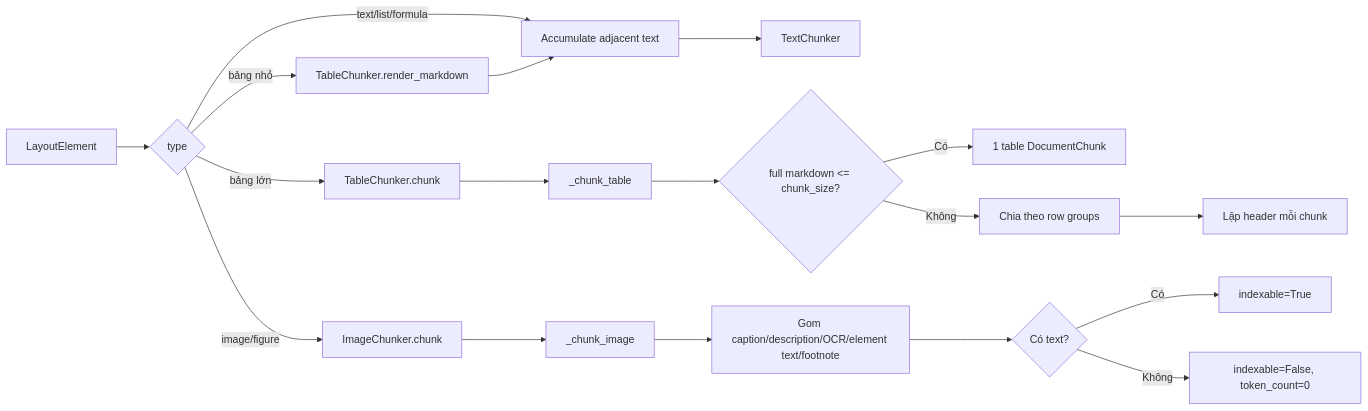
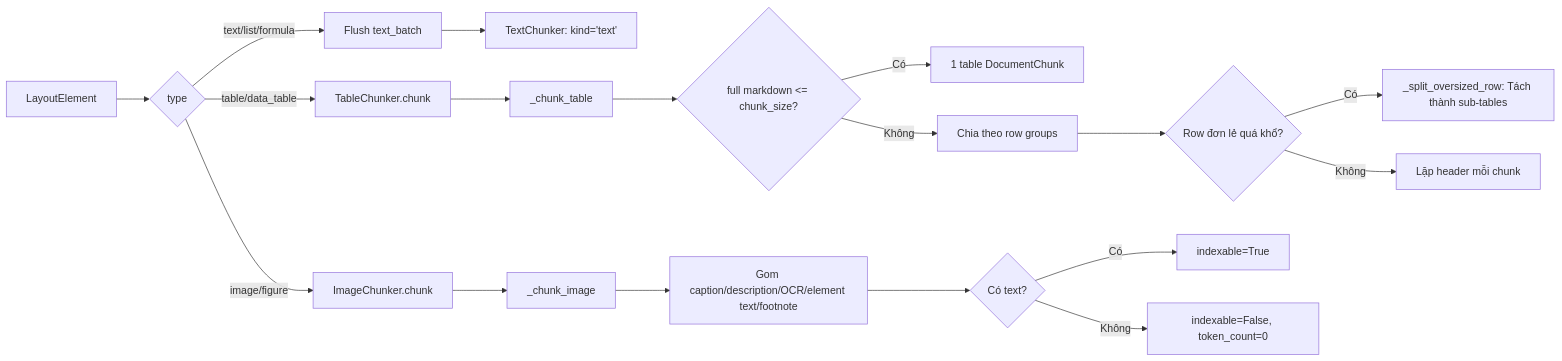
Before and after one commit to NDQuynh259/ragflow-api: the sixth of 9 diagrams in docs/chunking_architecture.md, drawn with Mermaid. The commit also changed other lines of this file and 7 other files, not shown here.

Commit message:
feat: implement Gemini OCR provider, reranker tests, and multimodal table/text chunking strategies

````diff
--- a/docs/chunking_architecture.md
+++ b/docs/chunking_architecture.md
@@ -312,23 +312,22 @@
 ```mermaid
 flowchart LR
     A[LayoutElement] --> B{type}
-    B -->|text/list/formula| C[Accumulate adjacent text]
-    C --> D[TextChunker]
+    B -->|text/list/formula| C[Flush text_batch]
+    C --> D[TextChunker: kind='text']
 
-    B -->|bảng nhỏ| E[TableChunker.render_markdown]
-    E --> C
+    B -->|table/data_table| E[TableChunker.chunk]
+    E --> F[_chunk_table]
+    F --> G{full markdown <= chunk_size?}
+    G -->|Có| H[1 table DocumentChunk]
+    G -->|Không| I[Chia theo row groups]
+    I --> J{Row đơn lẻ quá khổ?}
+    J -->|Có| K[_split_oversized_row: Tách thành sub-tables]
+    J -->|Không| L[Lặp header mỗi chunk]
 
-    B -->|bảng lớn| F[TableChunker.chunk]
-    F --> G[_chunk_table]
-    G --> H{full markdown <= chunk_size?}
-    H -->|Có| I[1 table DocumentChunk]
-    H -->|Không| J[Chia theo row groups]
-    J --> K[Lặp header mỗi chunk]
-
-    B -->|image/figure| L[ImageChunker.chunk]
-    L --> M[_chunk_image]
-    M --> N[Gom caption/description/OCR/element text/footnote]
-    N --> O{Có text?}
-    O -->|Có| P[indexable=True]
-    O -->|Không| Q[indexable=False, token_count=0]
+    B -->|image/figure| M[ImageChunker.chunk]
+    M --> N[_chunk_image]
+    N --> O[Gom caption/description/OCR/element text/footnote]
+    O --> P{Có text?}
+    P -->|Có| Q[indexable=True]
+    P -->|Không| R[indexable=False, token_count=0]
 ```
````
